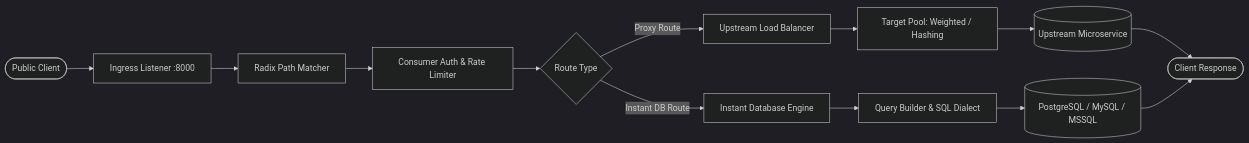
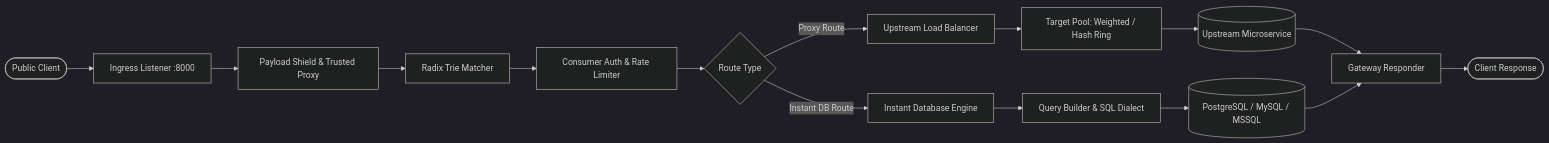
Before and after one commit to Muhrashya/Apirout: the second of 3 diagrams in README.md, drawn with Mermaid (dark theme). The commit also changed other lines of this file and 3 other files, not shown here.

Commit message:
docs: integrate Archify interactive runtime architecture showcase and update README with zero-trust security model (ADR-0012)

````diff
--- a/README.md
+++ b/README.md
@@ -57,18 +182,20 @@
 ```mermaid
 flowchart LR
     Client([Public Client]) --> Ingress[Ingress Listener :8000]
-    Ingress --> Radix[Radix Path Matcher]
+    Ingress --> Shield[Payload Shield & Trusted Proxy]
+    Shield --> Radix[Radix Trie Matcher]
     Radix --> Auth[Consumer Auth & Rate Limiter]
     Auth --> RouterType{Route Type}
     
     RouterType -- Proxy Route --> Balancer[Upstream Load Balancer]
-    Balancer --> TargetPool[Target Pool: Weighted / Hashing]
+    Balancer --> TargetPool[Target Pool: Weighted / Hash Ring]
     TargetPool --> Microservice[(Upstream Microservice)]
     
     RouterType -- Instant DB Route --> DBEngine[Instant Database Engine]
     DBEngine --> QueryBuilder[Query Builder & SQL Dialect]
     QueryBuilder --> DB[(PostgreSQL / MySQL / MSSQL)]
     
-    Microservice --> Response([Client Response])
-    DB --> Response
+    Microservice --> Responder[Gateway Responder]
+    DB --> Responder
+    Responder --> Response([Client Response])
 ```
````
